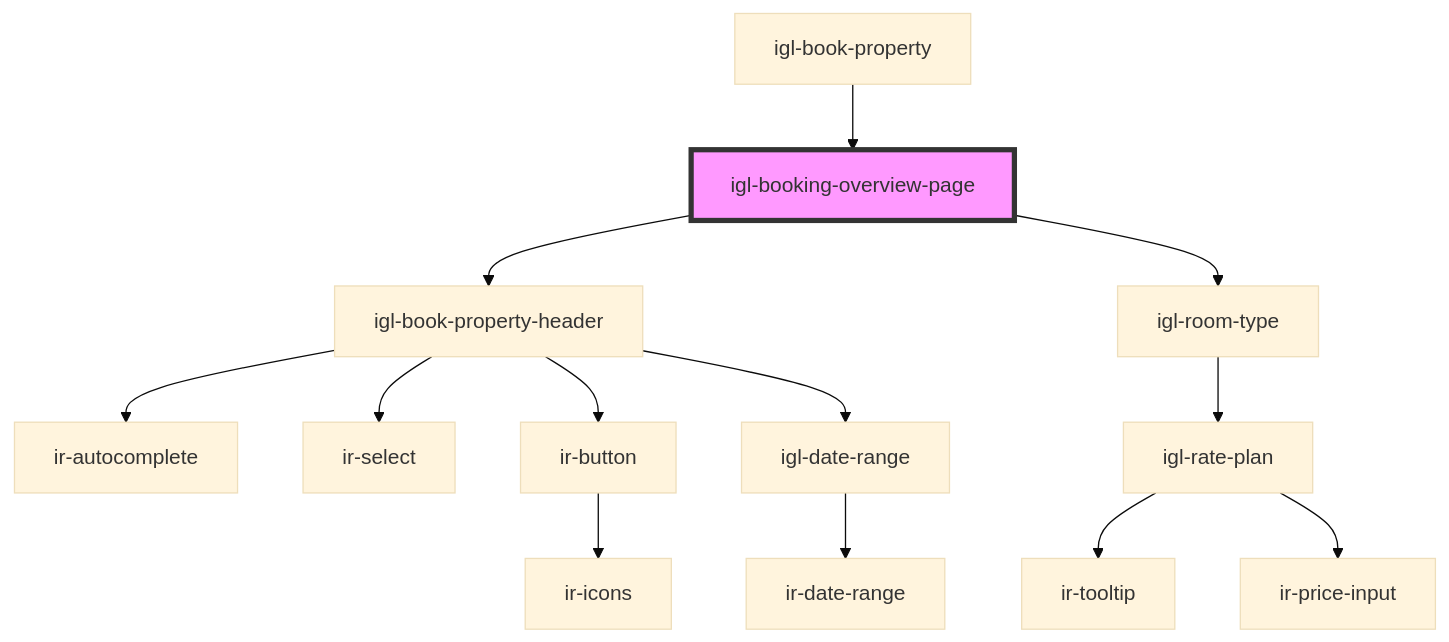
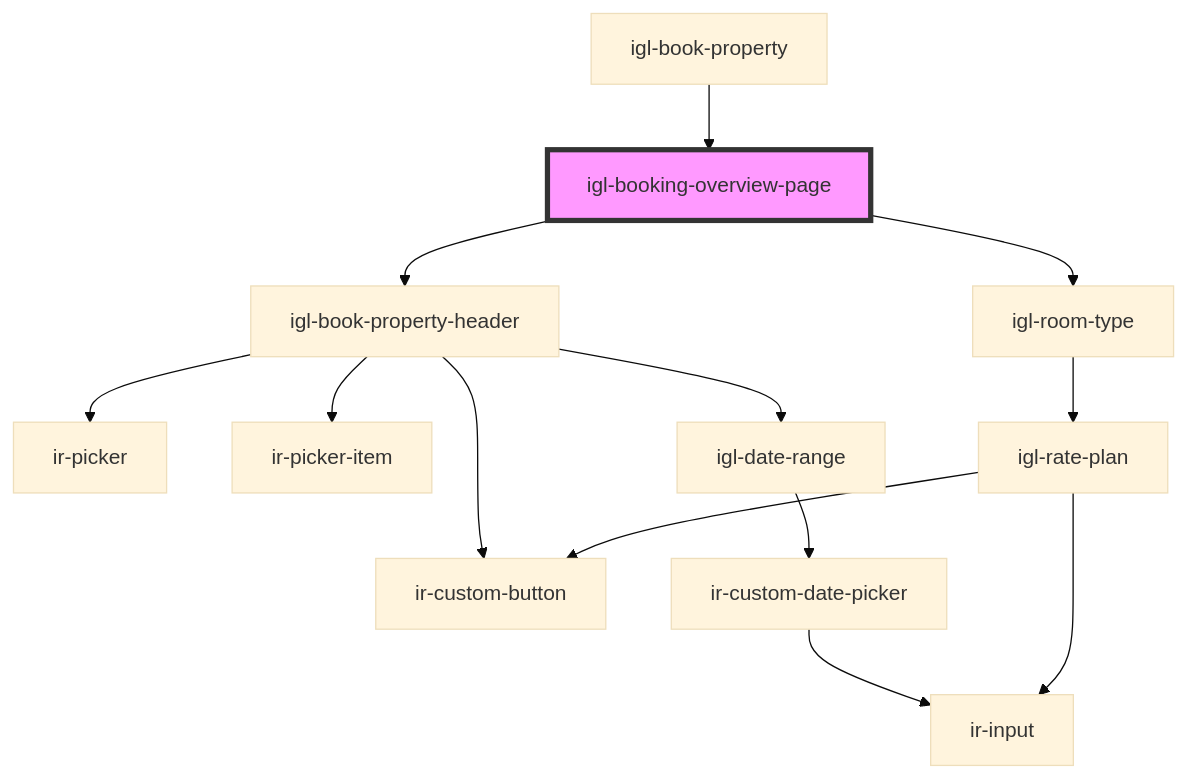
Before and after one commit to RonyRizk/ir-webcmp: the diagram in src/components/igloo-calendar/igl-book-property/igl-booking-overview-page/readme.md, drawn with Mermaid (base theme). The commit also changed other lines of this file and 433 other files, not shown here.

````diff
--- a/src/components/igloo-calendar/igl-book-property/igl-booking-overview-page/readme.md
+++ b/src/components/igloo-calendar/igl-book-property/igl-booking-overview-page/readme.md
@@ -49,16 +47,16 @@
 ```mermaid
 graph TD;
   igl-booking-overview-page --> igl-book-property-header
   igl-booking-overview-page --> igl-room-type
-  igl-book-property-header --> ir-autocomplete
-  igl-book-property-header --> ir-select
-  igl-book-property-header --> ir-button
+  igl-book-property-header --> ir-picker
+  igl-book-property-header --> ir-picker-item
+  igl-book-property-header --> ir-custom-button
   igl-book-property-header --> igl-date-range
-  ir-button --> ir-icons
-  igl-date-range --> ir-date-range
+  igl-date-range --> ir-custom-date-picker
+  ir-custom-date-picker --> ir-input
   igl-room-type --> igl-rate-plan
-  igl-rate-plan --> ir-tooltip
-  igl-rate-plan --> ir-price-input
+  igl-rate-plan --> ir-input
+  igl-rate-plan --> ir-custom-button
   igl-book-property --> igl-booking-overview-page
   style igl-booking-overview-page fill:#f9f,stroke:#333,stroke-width:4px
 ```
````
